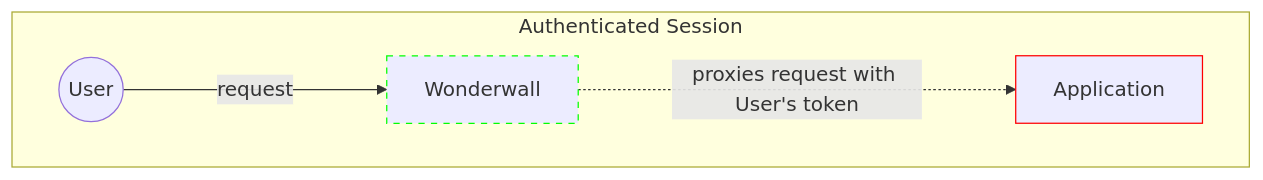
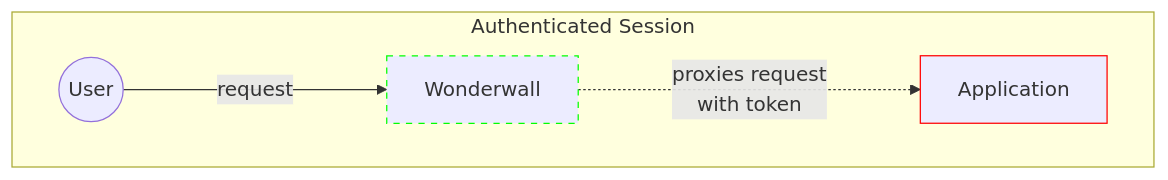
Before and after one commit to nais/doc: the fourth of 4 diagrams in docs/addons/wonderwall.md, drawn with Mermaid. The commit also changed other lines of this file, not shown here.

Commit message:
wonderwall: clean up mermaid diagram descriptions

````diff
--- a/docs/addons/wonderwall.md
+++ b/docs/addons/wonderwall.md
@@ -68,11 +68,11 @@
 ```mermaid
 graph LR
   style Wonderwall stroke:#0f0,stroke-dasharray: 5
   style Application stroke:#f00
 
   subgraph Session["Authenticated Session"]
     direction LR
     U((User)) -- "request" ---> Wonderwall
-    Wonderwall -. "proxies request with User's token" -..-> Application
+    Wonderwall -. "proxies request\n with token" -..-> Application
   end
 ```
````
